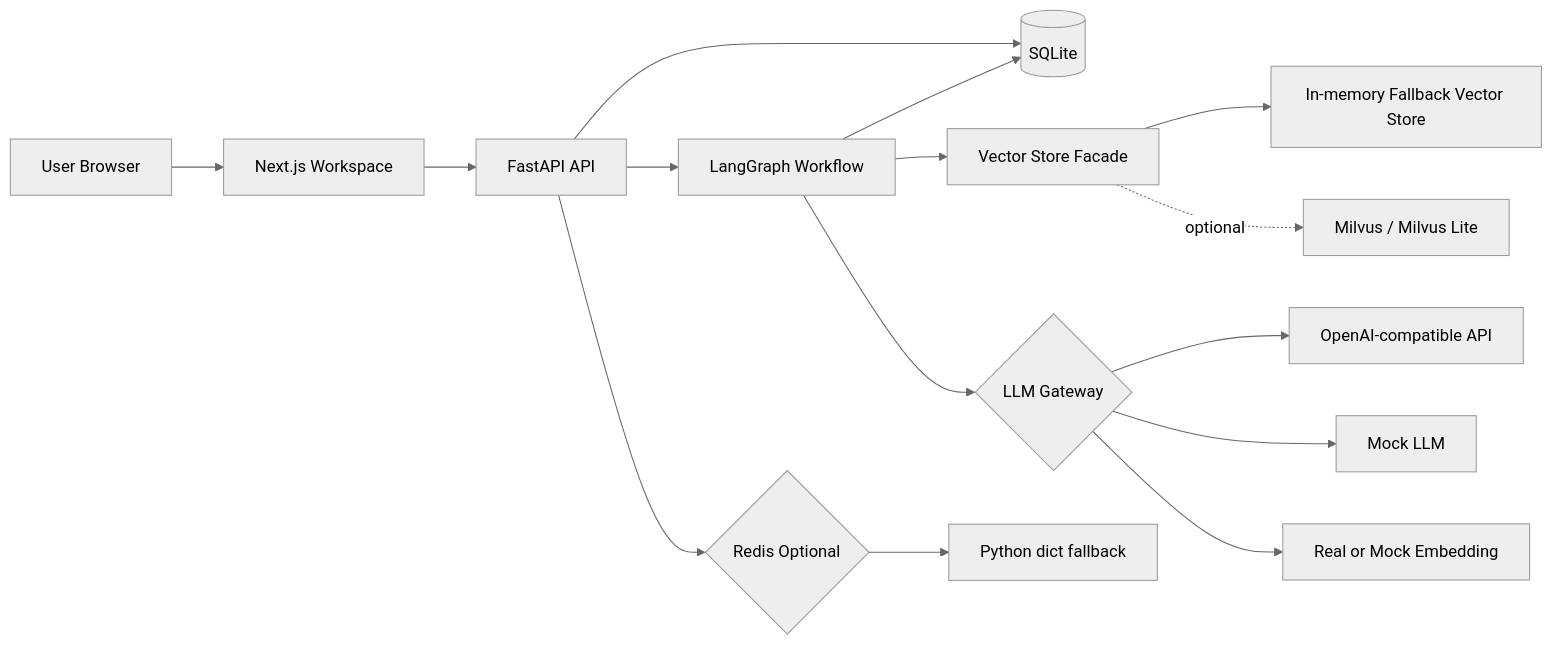
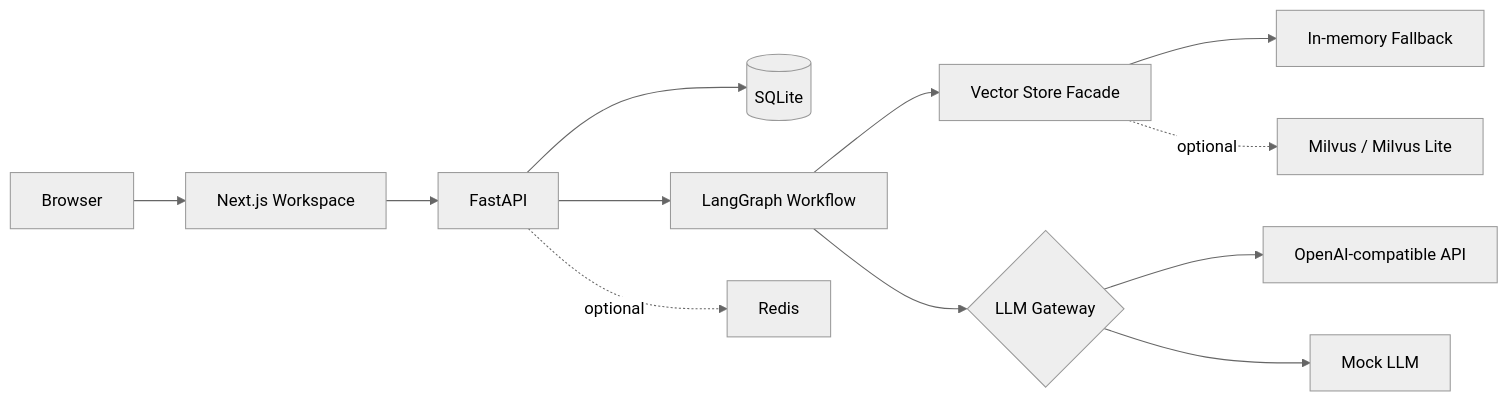
One commit to wxl-0/FeedbackOS-Agent changed the first of 2 diagrams in README.md. Above: the diagram before and after it, drawn with Mermaid (neutral theme). The commit also changed other lines of this file and 9 other files, not shown here.

````diff
--- a/README.md
+++ b/README.md
@@ -62,17 +61,14 @@
 ```mermaid
 flowchart LR
-  U[User Browser] --> FE[Next.js Workspace]
-  FE --> API[FastAPI API]
+  U[Browser] --> FE[Next.js Workspace]
+  FE --> API[FastAPI]
   API --> DB[(SQLite)]
   API --> AG[LangGraph Workflow]
-  AG --> DB
   AG --> VS[Vector Store Facade]
-  VS --> FB[In-memory Fallback Vector Store]
+  VS --> FB[In-memory Fallback]
   VS -. optional .-> MILVUS[Milvus / Milvus Lite]
-  API --> REDIS{Redis Optional}
-  REDIS --> MEM[Python dict fallback]
   AG --> LLM{LLM Gateway}
   LLM --> REAL[OpenAI-compatible API]
   LLM --> MOCK[Mock LLM]
-  LLM --> EMB[Real or Mock Embedding]
+  API -. optional .-> REDIS[Redis]
 ```
````
